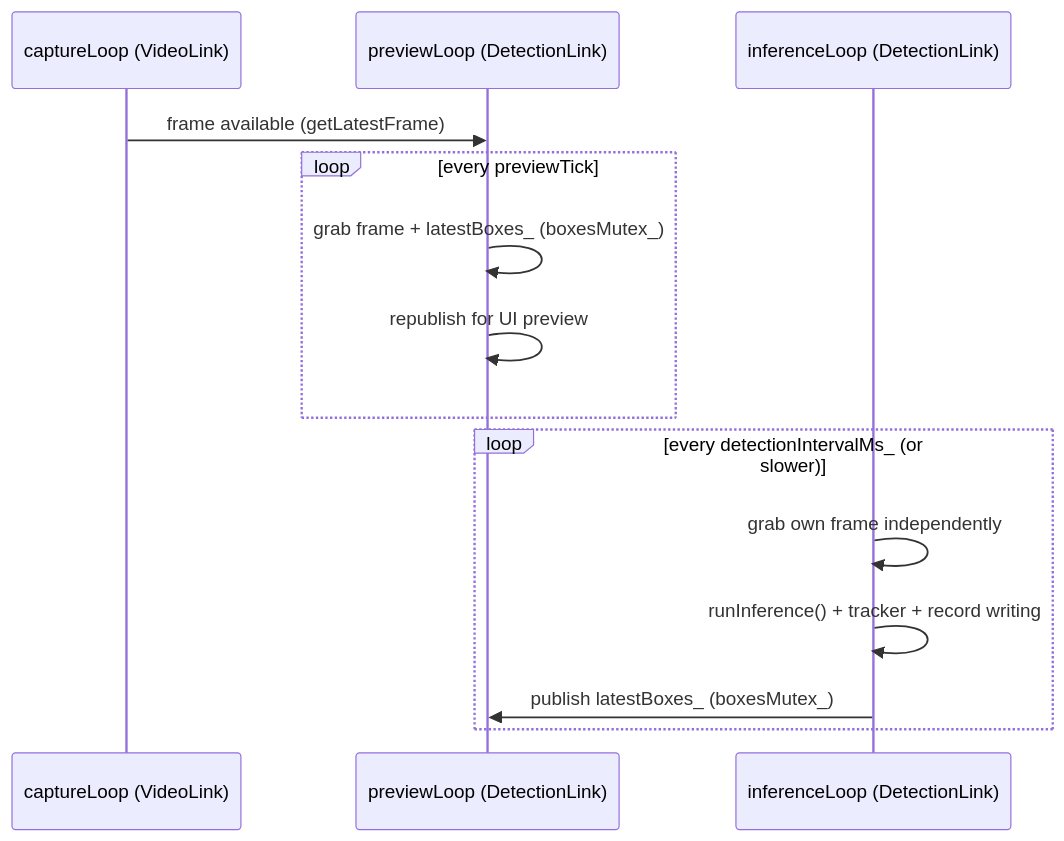
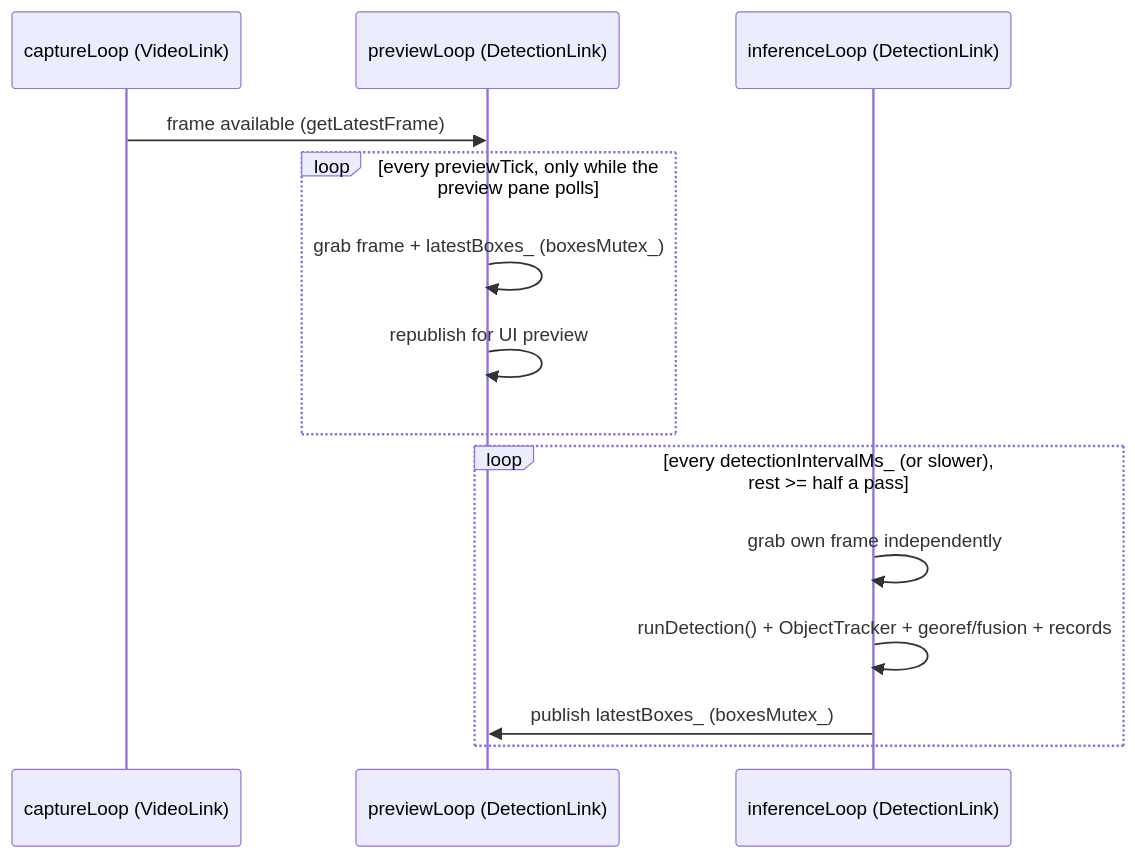
Before and after one commit to aleksandarLipovcic/R.A.D: the diagram in docs/modules/detectionlink.md, drawn with Mermaid. The commit also changed other lines of this file and 7 other files, not shown here.

````diff
--- a/docs/modules/detectionlink.md
+++ b/docs/modules/detectionlink.md
@@ -115,16 +145,16 @@
 ```mermaid
 sequenceDiagram
     participant CT as captureLoop (VideoLink)
     participant PL as previewLoop (DetectionLink)
     participant IL as inferenceLoop (DetectionLink)
     CT->>PL: frame available (getLatestFrame)
-    loop every previewTick
+    loop every previewTick, only while the preview pane polls
         PL->>PL: grab frame + latestBoxes_ (boxesMutex_)
         PL->>PL: republish for UI preview
     end
-    loop every detectionIntervalMs_ (or slower)
+    loop every detectionIntervalMs_ (or slower), rest >= half a pass
         IL->>IL: grab own frame independently
-        IL->>IL: runInference() + tracker + record writing
+        IL->>IL: runDetection() + ObjectTracker + georef/fusion + records
         IL->>PL: publish latestBoxes_ (boxesMutex_)
     end
 ```
````
